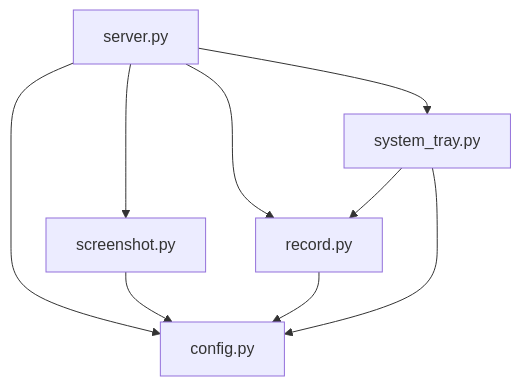
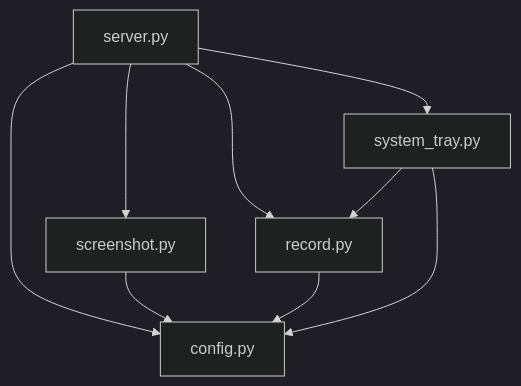
One commit to Misty02600/PeekAPI changed the fourth of 6 diagrams in memory-bank/systemPatterns.md. Above: the diagram before and after it, drawn with Mermaid. The commit also changed other lines of this file and 24 other files, not shown here.

````diff
--- a/memory-bank/systemPatterns.md
+++ b/memory-bank/systemPatterns.md
@@ -121,12 +253,13 @@
 ```mermaid
+%%{init: {'theme':'dark'}}%%
 flowchart TD
     A[server.py] --> B[config.py]
     A --> C[screenshot.py]
     A --> D[record.py]
     A --> E[system_tray.py]
 
     C --> B
     D --> B
     E --> B
     E --> D
 ```
````
